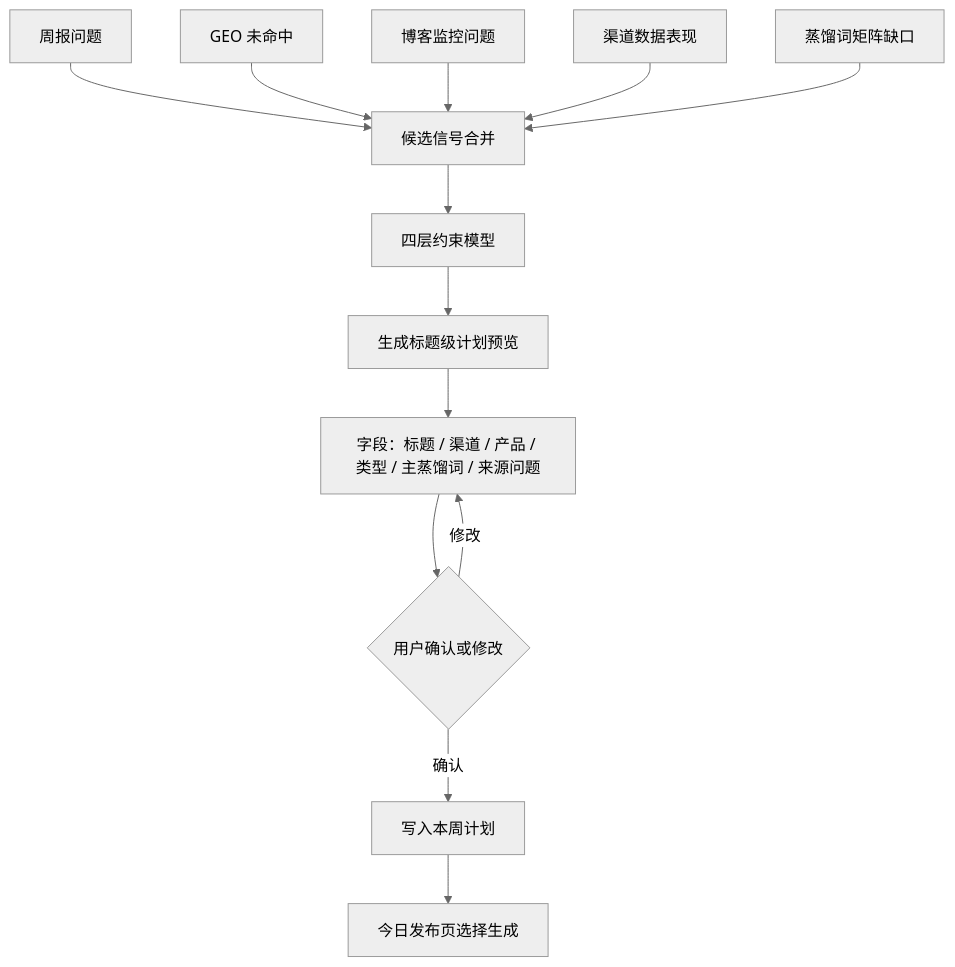
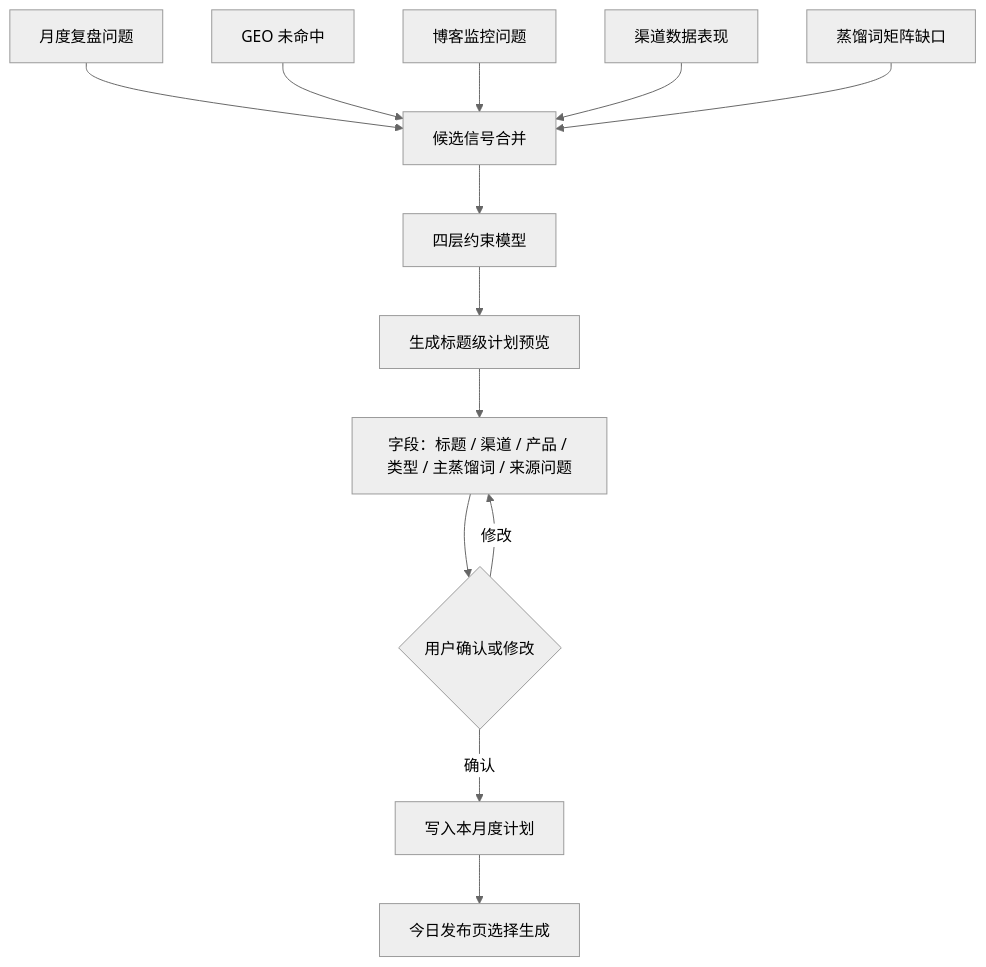
One commit to 1736280642-Star/gtm-content-growth-workbench changed the third of 5 diagrams in docs/prd-v3-content-growth-workbench.md. Above: the diagram before and after it, drawn with Mermaid (neutral theme). The commit also changed other lines of this file and 63 other files, not shown here.

````diff
--- a/docs/prd-v3-content-growth-workbench.md
+++ b/docs/prd-v3-content-growth-workbench.md
@@ -446,16 +435,16 @@
 ```mermaid
 flowchart TD
-  A["周报问题"] --> F["候选信号合并"]
+  A["月度复盘问题"] --> F["候选信号合并"]
   B["GEO 未命中"] --> F
   C["博客监控问题"] --> F
   D["渠道数据表现"] --> F
   E["蒸馏词矩阵缺口"] --> F
 
   F --> G["四层约束模型"]
   G --> H["生成标题级计划预览"]
   H --> I["字段：标题 / 渠道 / 产品 / 类型 / 主蒸馏词 / 来源问题"]
   I --> J{"用户确认或修改"}
   J -- "修改" --> I
-  J -- "确认" --> K["写入本周计划"]
+  J -- "确认" --> K["写入本月度计划"]
   K --> L["今日发布页选择生成"]
 ```
````
